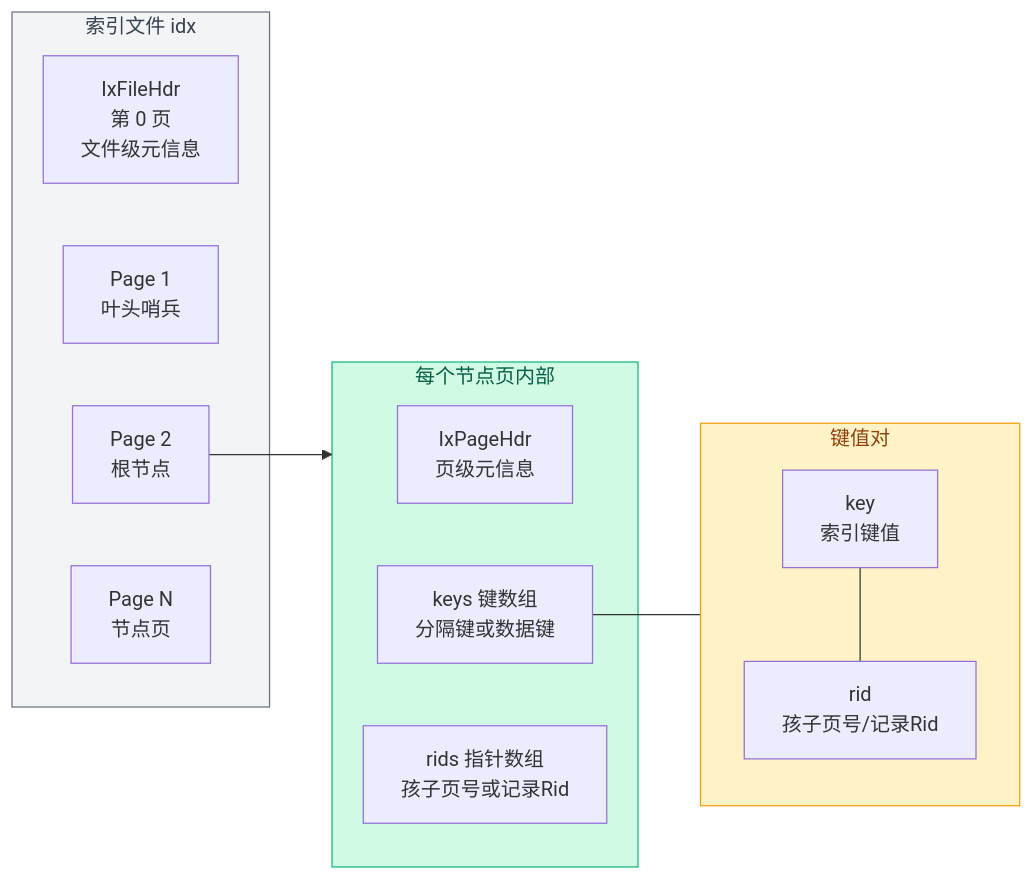
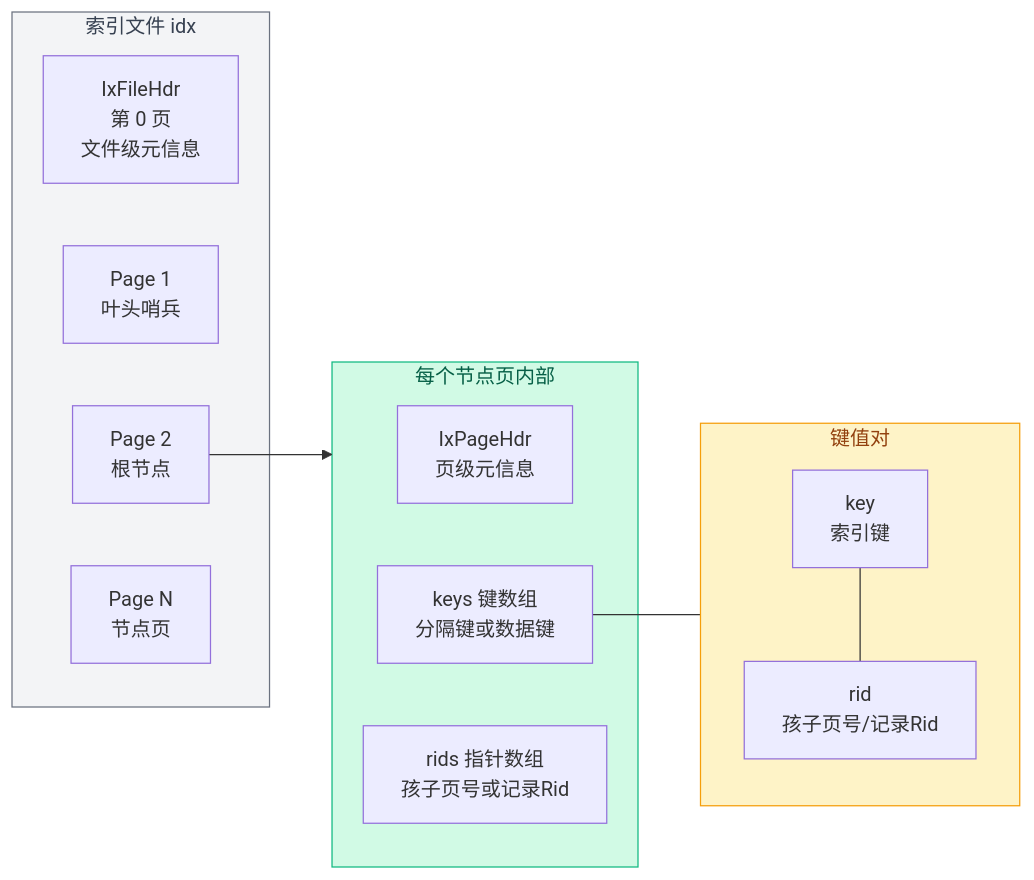
Before and after one commit to Dorian7Alden/RMDB-2024-Analyze: the first of 2 diagrams in my-analysis/03-index-layer/02-index-data-structures.md, drawn with Mermaid. The commit also changed other lines of this file and 6 other files, not shown here.

````diff
--- a/my-analysis/03-index-layer/02-index-data-structures.md
+++ b/my-analysis/03-index-layer/02-index-data-structures.md
@@ -24,27 +24,27 @@
 ```mermaid
 flowchart LR
     subgraph file["索引文件 idx"]
         style file fill:#f3f4f6,stroke:#6b7280,color:#374151
         FH["IxFileHdr<br/>第 0 页<br/>文件级元信息"]
         P1["Page 1<br/>叶头哨兵"]
         P2["Page 2<br/>根节点"]
         PN["Page N<br/>节点页"]
     end
 
     subgraph page["每个节点页内部"]
         style page fill:#d1fae5,stroke:#10b981,color:#065f46
         PH["IxPageHdr<br/>页级元信息"]
         KEYS["keys 键数组<br/>分隔键或数据键"]
         RIDS["rids 指针数组<br/>孩子页号或记录Rid"]
     end
 
     subgraph pair["键值对"]
         style pair fill:#fef3c7,stroke:#f59e0b,color:#92400e
-        K["key<br/>索引键值"]
+        K["key<br/>索引键"]
         R["rid<br/>孩子页号/记录Rid"]
     end
 
     P2 --> page
     K --- R
     KEYS --- pair
 ```
````
